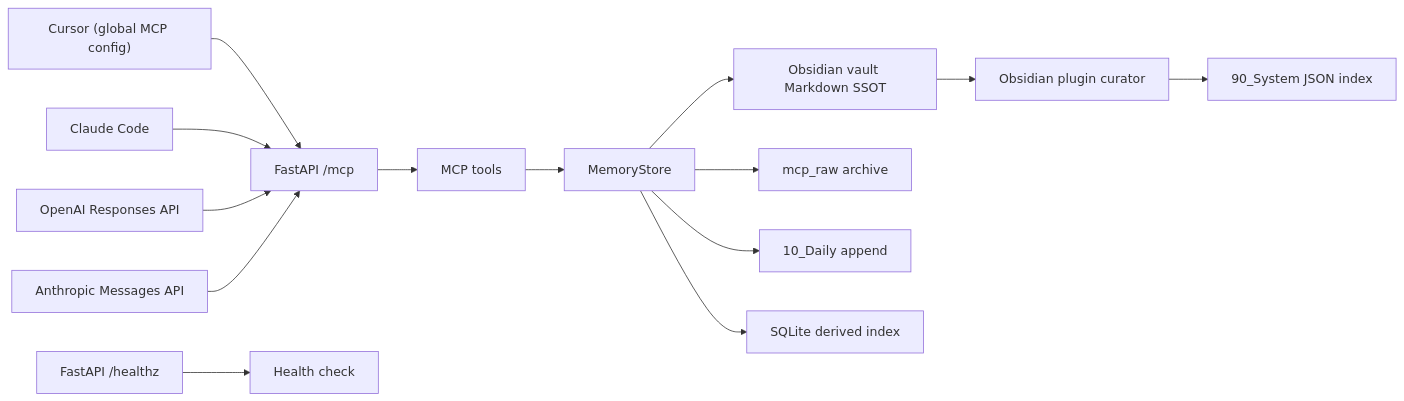
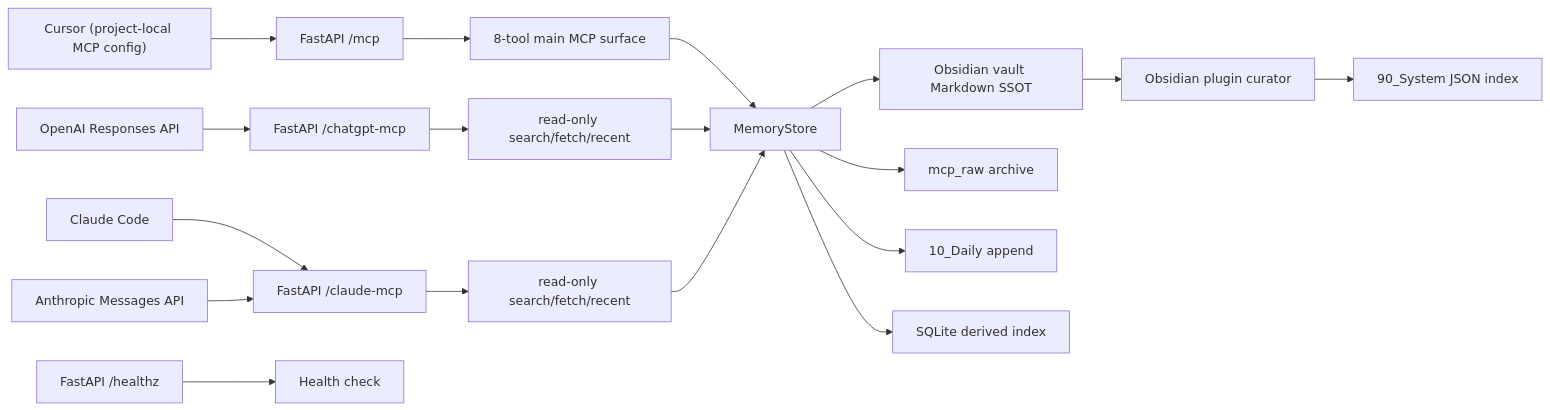
The first of 4 diagrams in README.md (macho715/mcp_obsi), drawn with Mermaid before and after one commit. The commit also changed other lines of this file and 3 other files, not shown here.

````diff
--- a/README.md
+++ b/README.md
@@ -112,23 +242,27 @@
 ```mermaid
 flowchart LR
-    Cursor["Cursor (global MCP config)"]
+    Cursor["Cursor (project-local MCP config)"]
     Claude["Claude Code"]
     OpenAI["OpenAI Responses API"]
     Anthropic["Anthropic Messages API"]
 
     Cursor --> MCP["FastAPI /mcp"]
-    Claude --> MCP
-    OpenAI --> MCP
-    Anthropic --> MCP
+    Claude --> CMCP["FastAPI /claude-mcp"]
+    OpenAI --> GMCP["FastAPI /chatgpt-mcp"]
+    Anthropic --> CMCP
 
-    MCP --> Tools[MCP tools]
+    MCP --> Tools["8-tool main MCP surface"]
+    GMCP --> GTools["read-only search/fetch/recent"]
+    CMCP --> CTools["read-only search/fetch/recent"]
     Tools --> MemoryStore[MemoryStore]
+    GTools --> MemoryStore
+    CTools --> MemoryStore
     MemoryStore --> Vault["Obsidian vault Markdown SSOT"]
     MemoryStore --> Raw["mcp_raw archive"]
     MemoryStore --> Daily["10_Daily append"]
     MemoryStore --> Index["SQLite derived index"]
     Vault --> Plugin["Obsidian plugin curator"]
     Plugin --> SystemIndex["90_System JSON index"]
 
     Healthz["FastAPI /healthz"] --> Ops["Health check"]
 ```
````
